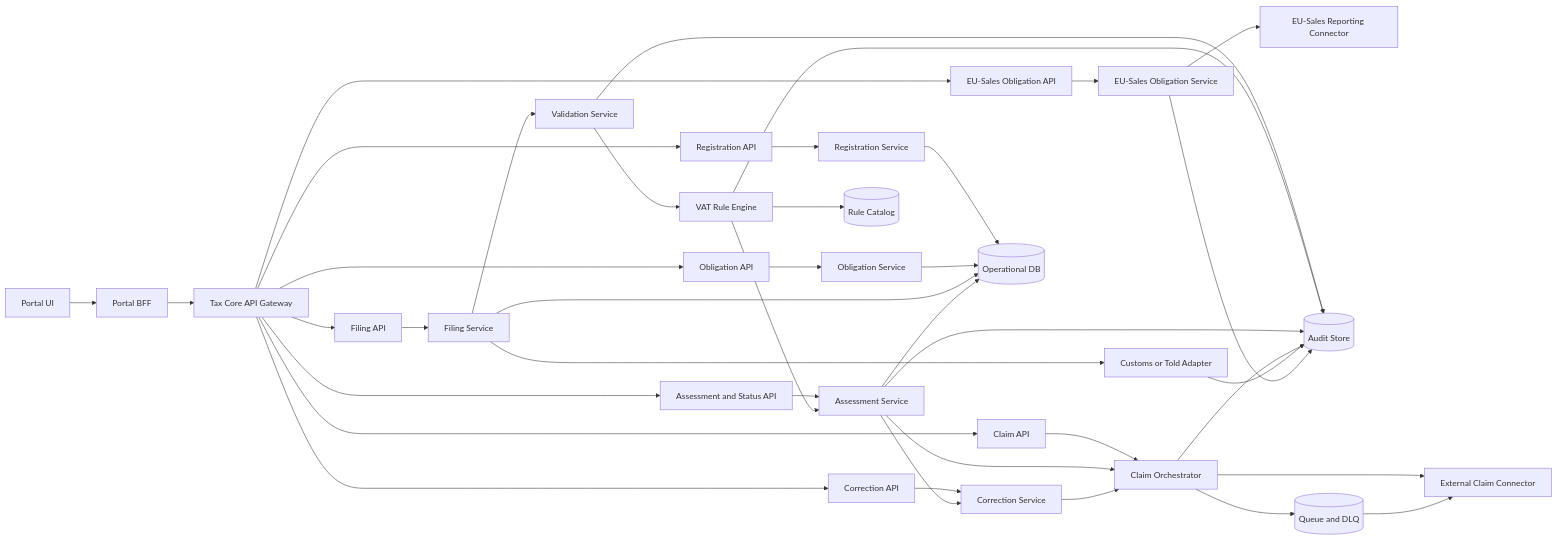
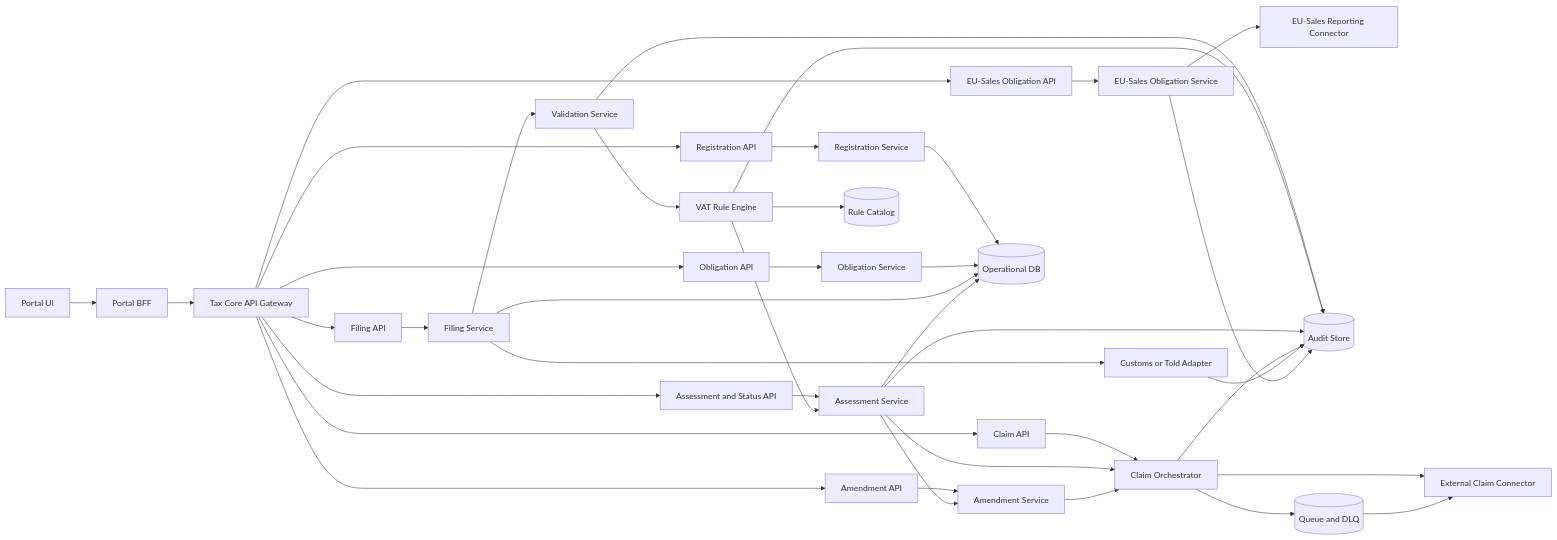
The third of 3 diagrams in architecture/01-target-architecture-blueprint.md (nc-tbi/VATRI-Codex), drawn with Mermaid before and after one commit. The commit also changed other lines of this file and 38 other files, not shown here.

Commit message:
Rename correction terminology to amendment and add compatibility alias

````diff
--- a/architecture/01-target-architecture-blueprint.md
+++ b/architecture/01-target-architecture-blueprint.md
@@ -73,43 +73,43 @@
 ```mermaid
 flowchart LR
 PORTAL[Portal UI] --> BFF[Portal BFF]
 BFF --> API[Tax Core API Gateway]
 API --> REGAPI[Registration API]
 API --> OBLAPI[Obligation API]
 API --> EUSAPI[EU-Sales Obligation API]
 API --> FILAPI[Filing API]
-API --> CORAPI[Correction API]
+API --> CORAPI[Amendment API]
 API --> QRYAPI[Assessment and Status API]
 API --> CLMAPI[Claim API]
 
 REGAPI --> REGSVC[Registration Service]
 OBLAPI --> OBLSVC[Obligation Service]
 EUSAPI --> EUSVC[EU-Sales Obligation Service]
 FILAPI --> FIL[Filing Service]
-CORAPI --> COR[Correction Service]
+CORAPI --> COR[Amendment Service]
 QRYAPI --> ASM[Assessment Service]
 CLMAPI --> ORC[Claim Orchestrator]
 EUSVC --> EUX[EU-Sales Reporting Connector]
 FIL --> CUS[Customs or Told Adapter]
 
 FIL --> VAL[Validation Service]
 VAL --> RULE[VAT Rule Engine]
 RULE --> ASM[Assessment Service]
-ASM --> COR[Correction Service]
+ASM --> COR[Amendment Service]
 ASM --> ORC[Claim Orchestrator]
 COR --> ORC
 ORC --> CON[External Claim Connector]
 RULE --> CAT[(Rule Catalog)]
 REGSVC --> DB[(Operational DB)]
 OBLSVC --> DB
 FIL --> DB
 ASM --> DB
 VAL --> AUD[(Audit Store)]
 RULE --> AUD
 ASM --> AUD
 ORC --> AUD
 ORC --> Q[(Queue and DLQ)]
 Q --> CON
 CUS --> AUD
 EUSVC --> AUD
 ```
````
